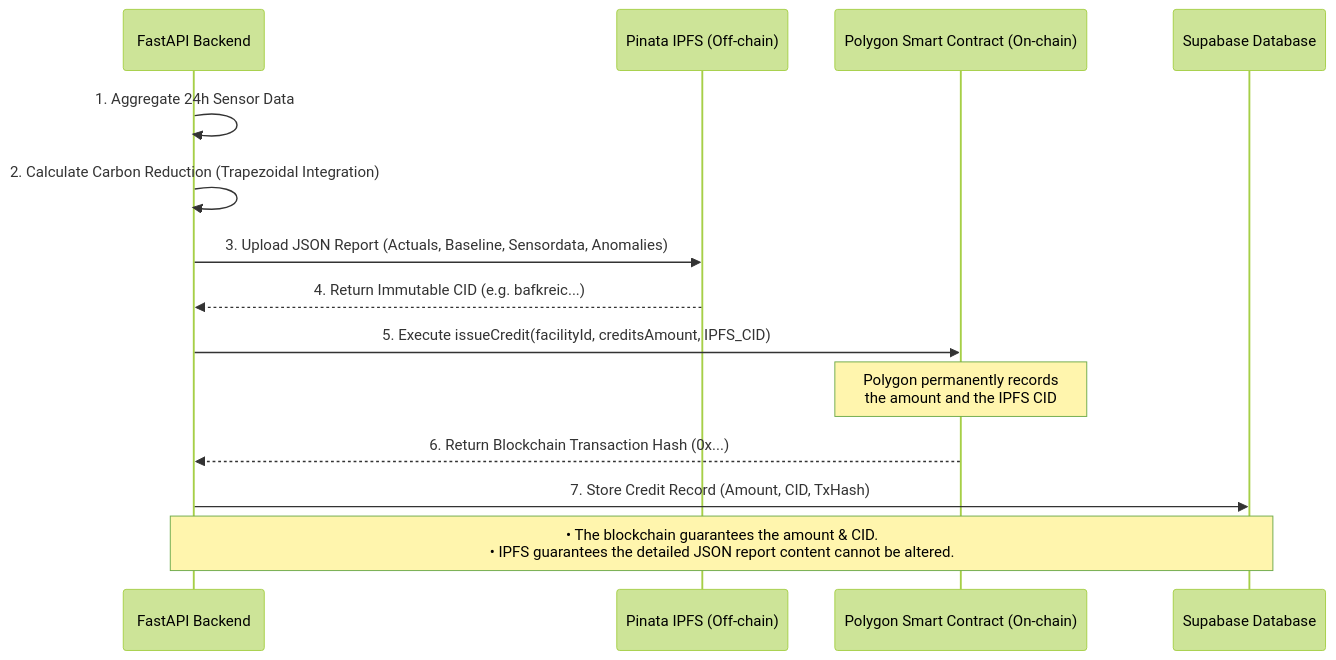
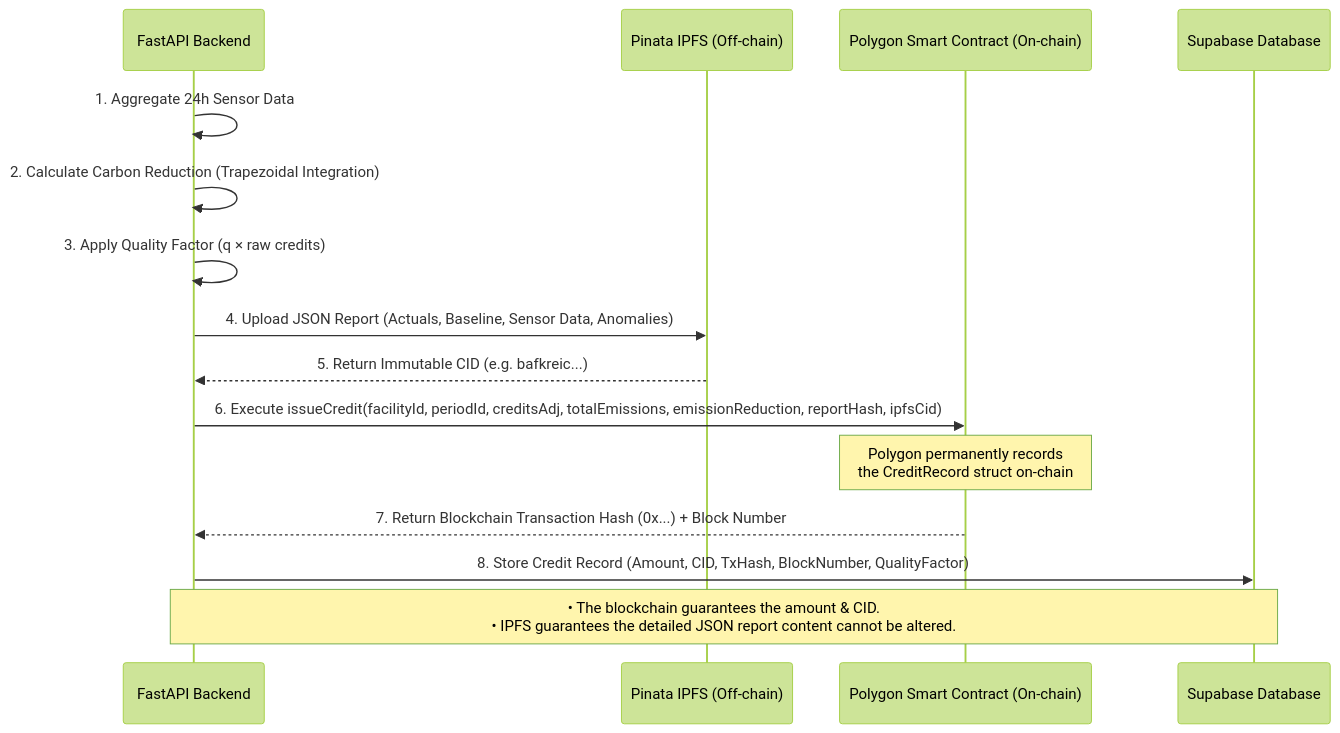
The second of 2 diagrams in README.md (Nayak72/CarbonTrust-Blockchain), drawn with Mermaid (forest theme) before and after one commit. The commit also changed other lines of this file, not shown here.

````diff
--- a/README.md
+++ b/README.md
@@ -81,17 +87,18 @@
 ```mermaid
 sequenceDiagram
     participant B as FastAPI Backend
     participant I as Pinata IPFS (Off-chain)
     participant SC as Polygon Smart Contract (On-chain)
     participant DB as Supabase Database
 
     B->>B: 1. Aggregate 24h Sensor Data
     B->>B: 2. Calculate Carbon Reduction (Trapezoidal Integration)
-    B->>I: 3. Upload JSON Report (Actuals, Baseline, Sensordata, Anomalies)
-    I-->>B: 4. Return Immutable CID (e.g. bafkreic...)
-    B->>SC: 5. Execute issueCredit(facilityId, creditsAmount, IPFS_CID)
-    Note over SC: Polygon permanently records<br/>the amount and the IPFS CID
-    SC-->>B: 6. Return Blockchain Transaction Hash (0x...)
-    B->>DB: 7. Store Credit Record (Amount, CID, TxHash)
+    B->>B: 3. Apply Quality Factor (q × raw credits)
+    B->>I: 4. Upload JSON Report (Actuals, Baseline, Sensor Data, Anomalies)
+    I-->>B: 5. Return Immutable CID (e.g. bafkreic...)
+    B->>SC: 6. Execute issueCredit(facilityId, periodId, creditsAdj, totalEmissions, emissionReduction, reportHash, ipfsCid)
+    Note over SC: Polygon permanently records<br/>the CreditRecord struct on-chain
+    SC-->>B: 7. Return Blockchain Transaction Hash (0x...) + Block Number
+    B->>DB: 8. Store Credit Record (Amount, CID, TxHash, BlockNumber, QualityFactor)
     Note over B,DB: • The blockchain guarantees the amount & CID.<br/>• IPFS guarantees the detailed JSON report content cannot be altered.
 ```
````
